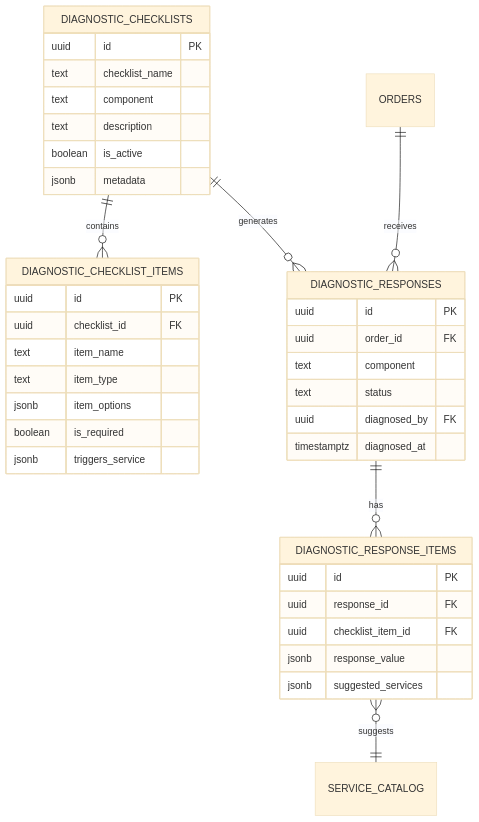
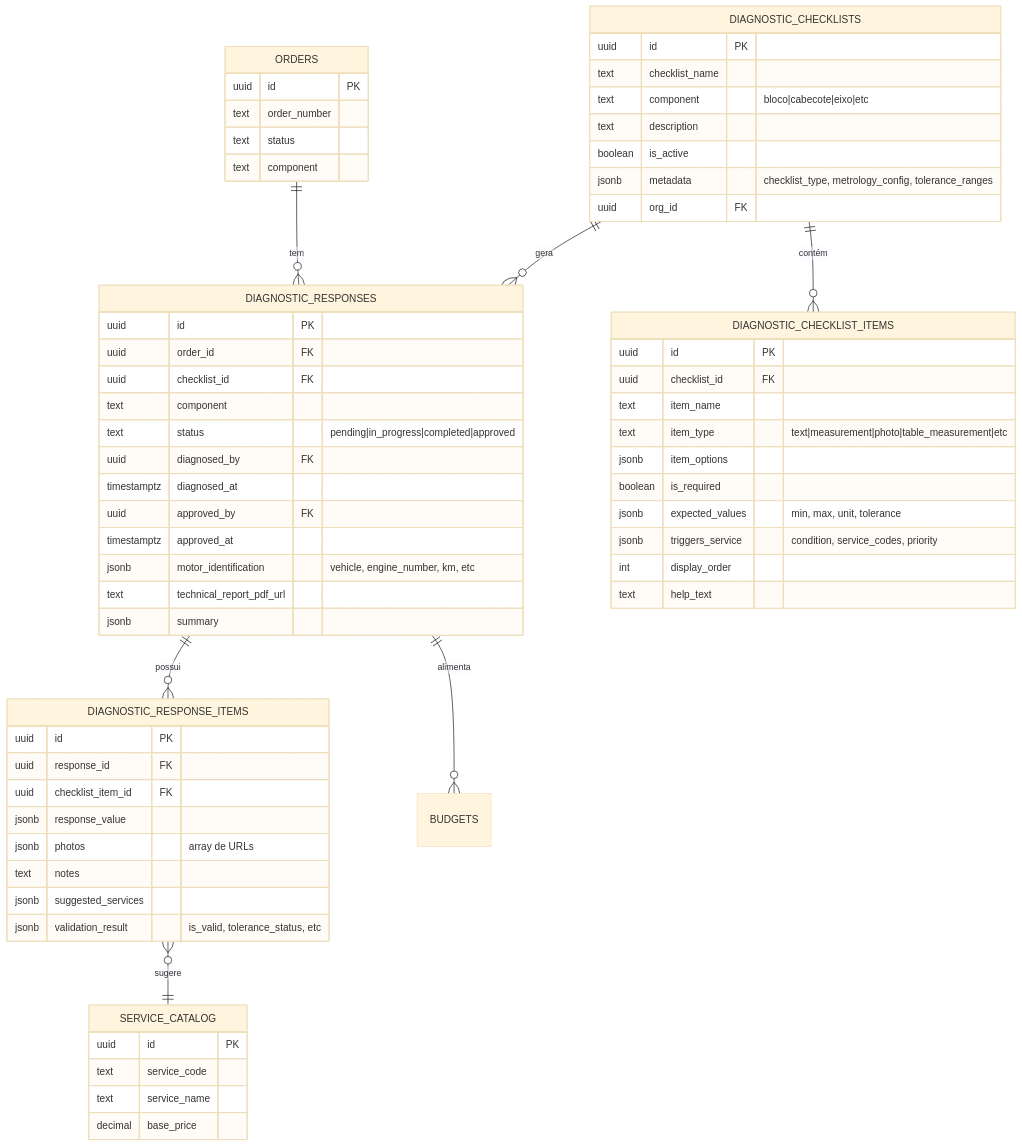
One commit to pinn-product-builder/erp-retifica-formiguense changed the second of 2 diagrams in docs/modules/diagnostics/README.md. Above: the diagram before and after it, drawn with Mermaid (base theme). The commit also changed other lines of this file, not shown here.

````diff
--- a/docs/modules/diagnostics/README.md
+++ b/docs/modules/diagnostics/README.md
@@ -38,44 +77,72 @@
 ```mermaid
 erDiagram
-    DIAGNOSTIC_CHECKLISTS ||--o{ DIAGNOSTIC_CHECKLIST_ITEMS : contains
-    DIAGNOSTIC_CHECKLISTS ||--o{ DIAGNOSTIC_RESPONSES : generates
-    DIAGNOSTIC_RESPONSES ||--o{ DIAGNOSTIC_RESPONSE_ITEMS : has
-    DIAGNOSTIC_RESPONSE_ITEMS }o--|| SERVICE_CATALOG : suggests
-    ORDERS ||--o{ DIAGNOSTIC_RESPONSES : receives
+    ORDERS ||--o{ DIAGNOSTIC_RESPONSES : "tem"
+    DIAGNOSTIC_CHECKLISTS ||--o{ DIAGNOSTIC_CHECKLIST_ITEMS : "contém"
+    DIAGNOSTIC_CHECKLISTS ||--o{ DIAGNOSTIC_RESPONSES : "gera"
+    DIAGNOSTIC_RESPONSES ||--o{ DIAGNOSTIC_RESPONSE_ITEMS : "possui"
+    DIAGNOSTIC_RESPONSE_ITEMS }o--|| SERVICE_CATALOG : "sugere"
+    DIAGNOSTIC_RESPONSES ||--o{ BUDGETS : "alimenta"
+    
+    ORDERS {
+        uuid id PK
+        text order_number
+        text status
+        text component
+    }
     
     DIAGNOSTIC_CHECKLISTS {
         uuid id PK
         text checklist_name
-        text component
+        text component "bloco|cabecote|eixo|etc"
         text description
         boolean is_active
-        jsonb metadata
+        jsonb metadata "checklist_type, metrology_config, tolerance_ranges"
+        uuid org_id FK
     }
     
     DIAGNOSTIC_CHECKLIST_ITEMS {
         uuid id PK
         uuid checklist_id FK
         text item_name
-        text item_type
+        text item_type "text|measurement|photo|table_measurement|etc"
         jsonb item_options
         boolean is_required
-        jsonb triggers_service
+        jsonb expected_values "min, max, unit, tolerance"
+        jsonb triggers_service "condition, service_codes, priority"
+        int display_order
+        text help_text
     }
     
     DIAGNOSTIC_RESPONSES {
         uuid id PK
         uuid order_id FK
+        uuid checklist_id FK
         text component
-        text status
+        text status "pending|in_progress|completed|approved"
         uuid diagnosed_by FK
         timestamptz diagnosed_at
+        uuid approved_by FK
+        timestamptz approved_at
+        jsonb motor_identification "vehicle, engine_number, km, etc"
+        text technical_report_pdf_url
+        jsonb summary
     }
     
     DIAGNOSTIC_RESPONSE_ITEMS {
         uuid id PK
         uuid response_id FK
         uuid checklist_item_id FK
         jsonb response_value
+        jsonb photos "array de URLs"
+        text notes
         jsonb suggested_services
+        jsonb validation_result "is_valid, tolerance_status, etc"
+    }
+    
+    SERVICE_CATALOG {
+        uuid id PK
+        text service_code
+        text service_name
+        decimal base_price
     }
 ```
````
